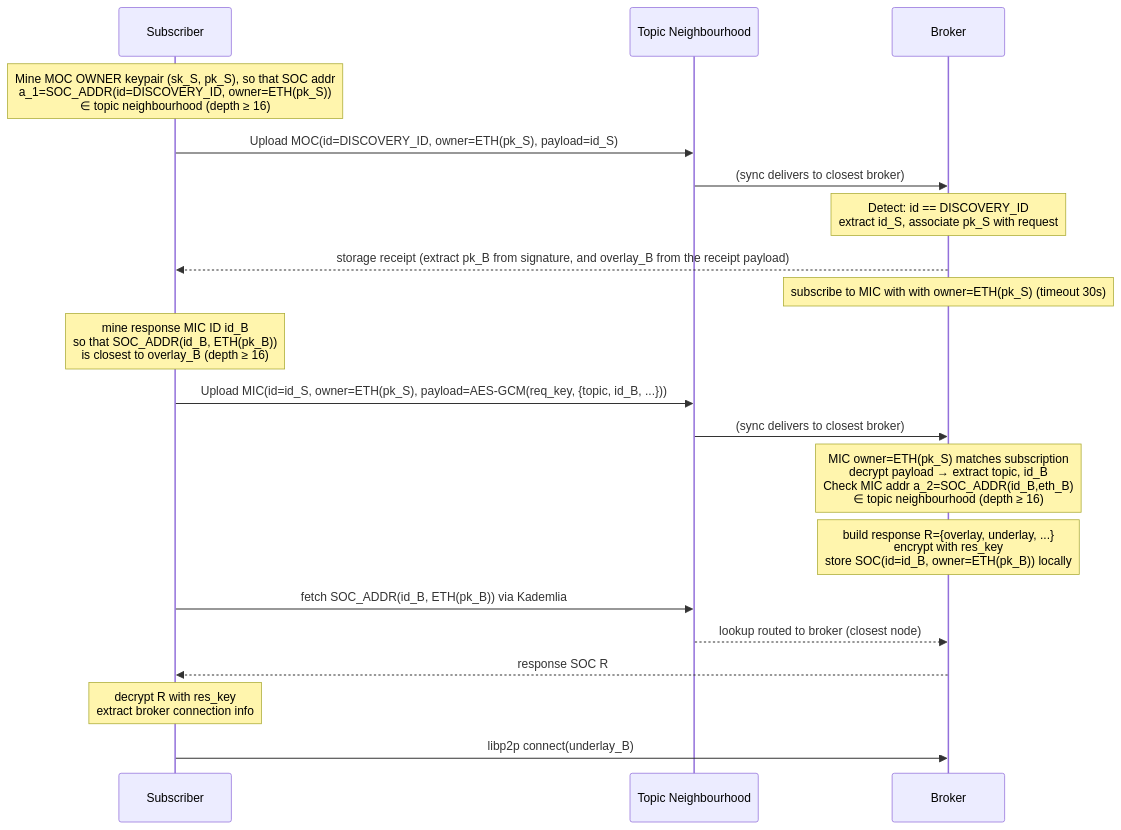
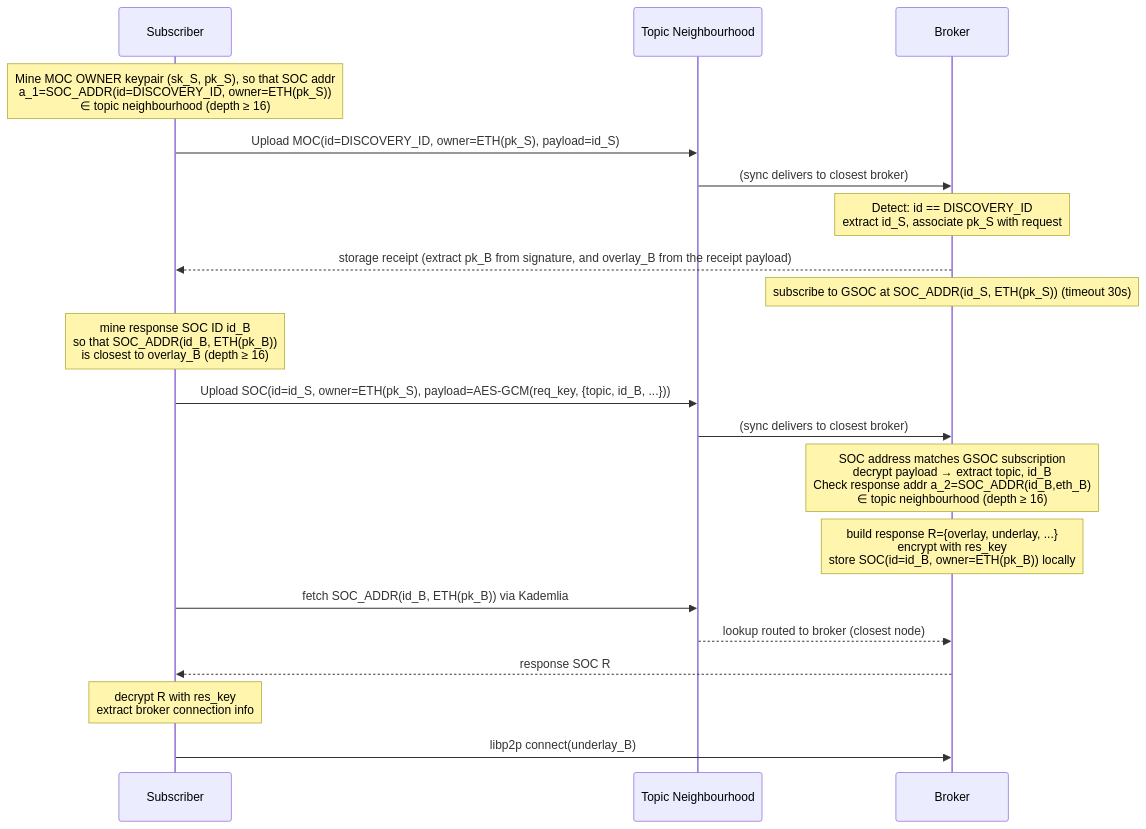
One commit to ethersphere/SWIPs changed the diagram in SWIPs/swip-.md. Above: the diagram before and after it, drawn with Mermaid. The commit also changed other lines of this file, not shown here.

Commit message:
moc gsoc handshake

````diff
--- a/SWIPs/swip-.md
+++ b/SWIPs/swip-.md
@@ -164,24 +164,24 @@
 ```mermaid
 sequenceDiagram
     participant S as Subscriber
     participant N as Topic Neighbourhood
     participant B as Broker
 
     Note over S: Mine MOC OWNER keypair (sk_S, pk_S), so that SOC addr<br/>a_1=SOC_ADDR(id=DISCOVERY_ID, owner=ETH(pk_S))<br/> ∈ topic neighbourhood (depth ≥ 16)
     S->>N: Upload MOC(id=DISCOVERY_ID, owner=ETH(pk_S), payload=id_S)
     N->>B: (sync delivers to closest broker)
     Note over B: Detect: id == DISCOVERY_ID<br/>extract id_S, associate pk_S with request
     B-->>S: storage receipt (extract pk_B from signature, and overlay_B from the receipt payload)
-    Note over B: subscribe to MIC with with owner=ETH(pk_S) (timeout 30s)
+    Note over B: subscribe to GSOC at SOC_ADDR(id_S, ETH(pk_S)) (timeout 30s)
 
-    Note over S: mine response MIC ID id_B<br/>so that SOC_ADDR(id_B, ETH(pk_B))<br/>is closest to overlay_B (depth ≥ 16)
-    S->>N: Upload MIC(id=id_S, owner=ETH(pk_S), payload=AES-GCM(req_key, {topic, id_B, ...}))
+    Note over S: mine response SOC ID id_B<br/>so that SOC_ADDR(id_B, ETH(pk_B))<br/>is closest to overlay_B (depth ≥ 16)
+    S->>N: Upload SOC(id=id_S, owner=ETH(pk_S), payload=AES-GCM(req_key, {topic, id_B, ...}))
     N->>B: (sync delivers to closest broker)
-    Note over B: MIC owner=ETH(pk_S) matches subscription<br/>decrypt payload → extract topic, id_B<br/>Check MIC addr a_2=SOC_ADDR(id_B,eth_B)<br/> ∈ topic neighbourhood (depth ≥ 16)
+    Note over B: SOC address matches GSOC subscription<br/>decrypt payload → extract topic, id_B<br/>Check response addr a_2=SOC_ADDR(id_B,eth_B)<br/> ∈ topic neighbourhood (depth ≥ 16)
     Note over B: build response R={overlay, underlay, ...}<br/>encrypt with res_key<br/>store SOC(id=id_B, owner=ETH(pk_B)) locally
     S->>N: fetch SOC_ADDR(id_B, ETH(pk_B)) via Kademlia
     N-->>B: lookup routed to broker (closest node)
     B-->>S: response SOC R
     Note over S: decrypt R with res_key<br/>extract broker connection info
     S->>B: libp2p connect(underlay_B)
 ```
````
